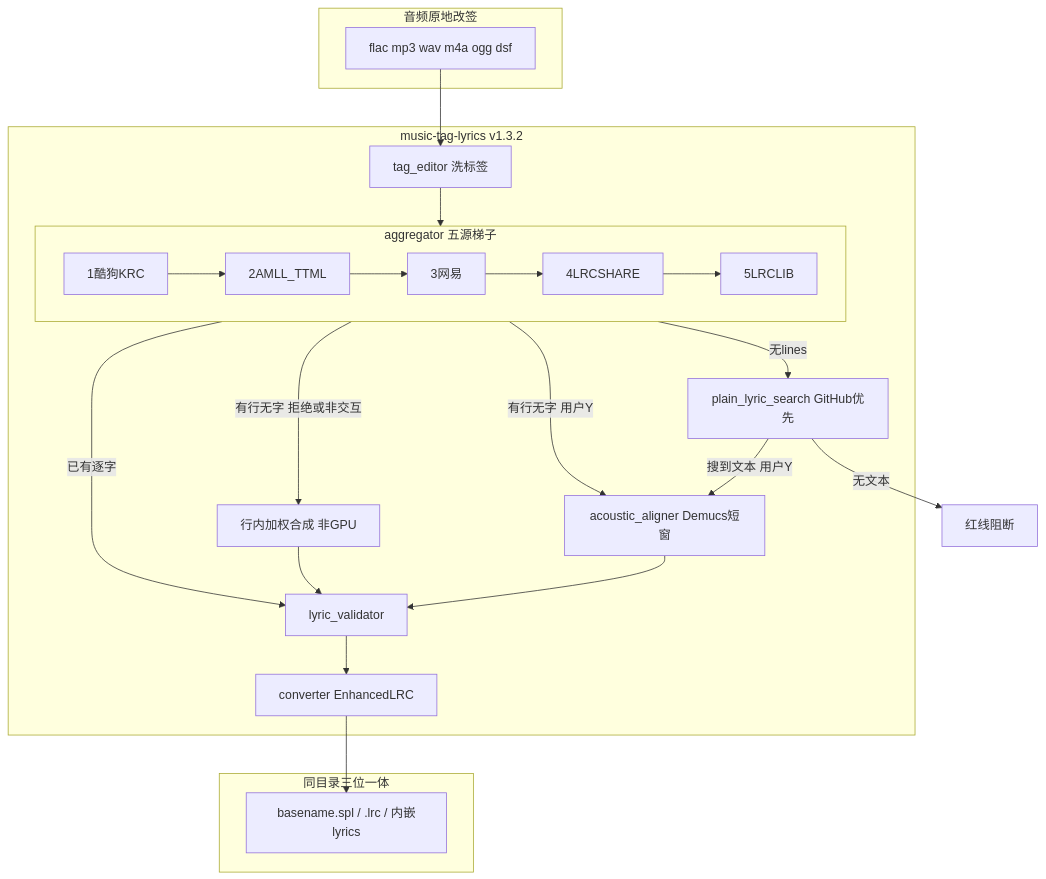
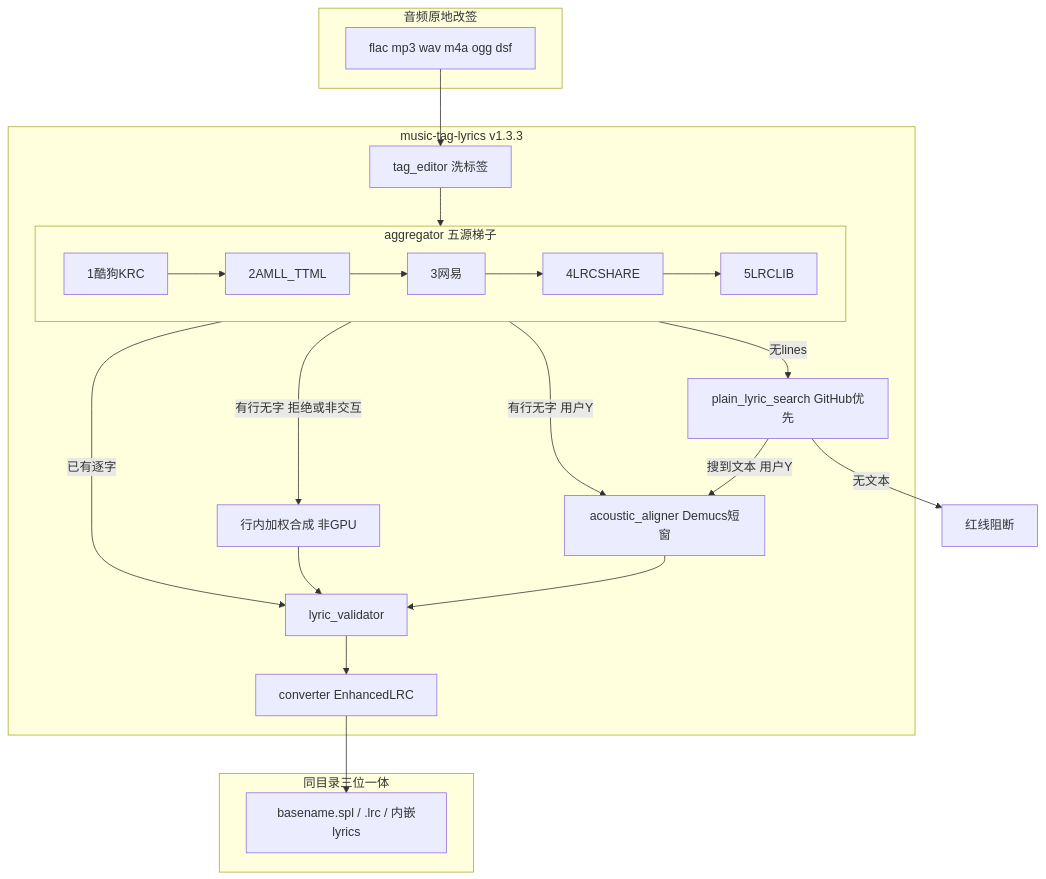
Before and after one commit to sxsxhhi/music-tag-lyrics: the first of 2 diagrams in README.md, drawn with Mermaid. The commit also changed other lines of this file and 19 other files, not shown here.

````diff
--- a/README.md
+++ b/README.md
@@ -65,35 +65,35 @@
 ```mermaid
 flowchart TD
   subgraph host [音频原地改签]
     Audio[flac mp3 wav m4a ogg dsf]
   end
-  subgraph skill [music-tag-lyrics v1.3.2]
+  subgraph skill [music-tag-lyrics v1.3.3]
     Tags[tag_editor 洗标签]
     subgraph agg [aggregator 五源梯子]
       Kugou[1酷狗KRC]
       Amll[2AMLL_TTML]
       Netease[3网易]
       Lrcs[4LRCSHARE]
       Lrclib[5LRCLIB]
       Kugou --> Amll --> Netease --> Lrcs --> Lrclib
     end
     Valid[lyric_validator]
     Conv[converter EnhancedLRC]
     GPU[acoustic_aligner Demucs短窗]
     Synth[行内加权合成 非GPU]
     Search[plain_lyric_search GitHub优先]
   end
   subgraph out [同目录三位一体]
     Files["basename.spl / .lrc / 内嵌lyrics"]
   end
   Audio --> Tags --> agg
   agg -->|已有逐字| Valid
   agg -->|有行无字 用户Y| GPU
   agg -->|有行无字 拒绝或非交互| Synth
   agg -->|无lines| Search
   Search -->|搜到文本 用户Y| GPU
   Search -->|无文本| Block[红线阻断]
   GPU --> Valid
   Synth --> Valid
   Valid --> Conv --> Files
 ```
````
